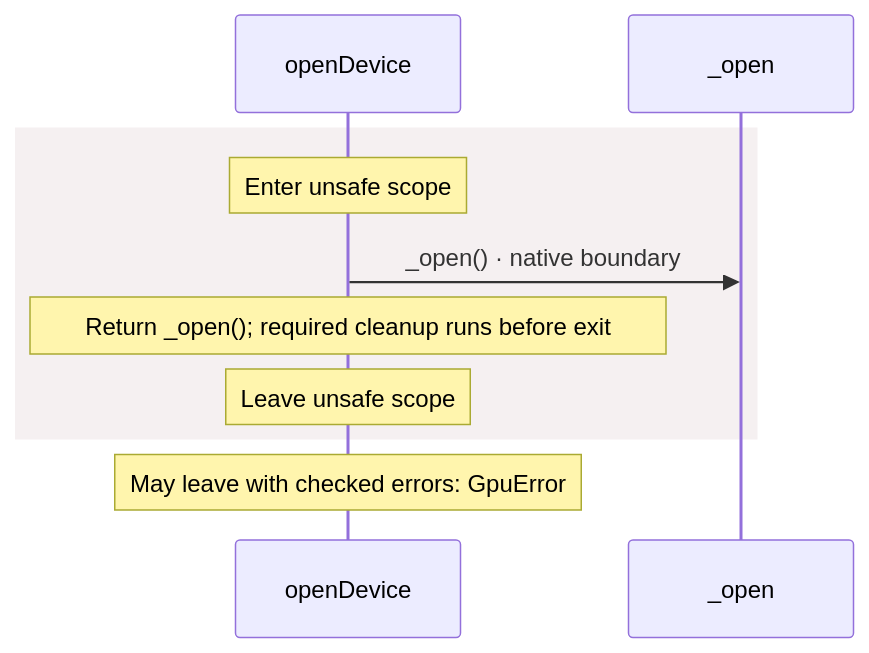
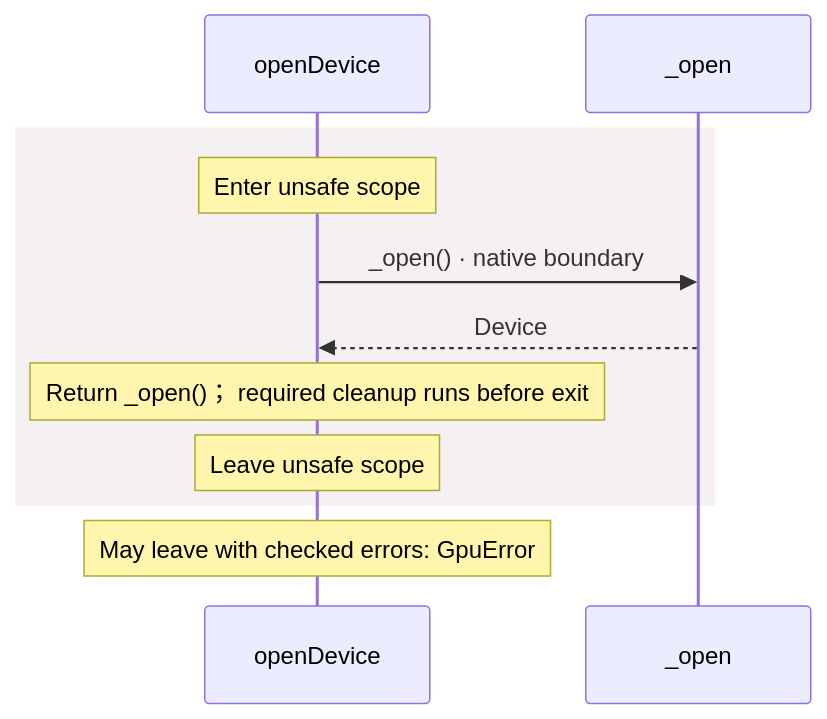
One commit to GreenPandaStudios/augscript changed the second of 5 diagrams in docs/examples/native-gpu/dependencies/packages/@greenpandastudios/aug-gpu/0.1.1/api-diagrams.md. Above: the diagram before and after it, drawn with Mermaid. The commit also changed other lines of this file and 524 other files, not shown here.

Commit message:
Explain checked data flow at folder and service levels

````diff
--- a/docs/examples/native-gpu/dependencies/packages/@greenpandastudios/aug-gpu/0.1.1/api-diagrams.md
+++ b/docs/examples/native-gpu/dependencies/packages/@greenpandastudios/aug-gpu/0.1.1/api-diagrams.md
@@ -119,12 +88,13 @@
 ```mermaid
 sequenceDiagram
     participant p0 as openDevice
     participant p1 as _open
     rect rgb(245, 240, 241)
     Note over p0: Enter unsafe scope
     p0->>p1: _open() · native boundary
-    Note over p0: Return _open()#59; required cleanup runs before exit
+    p1-->>p0: Device
+    Note over p0: Return _open()； required cleanup runs before exit
     Note over p0: Leave unsafe scope
     end
     Note over p0: May leave with checked errors: GpuError
 ```
````
